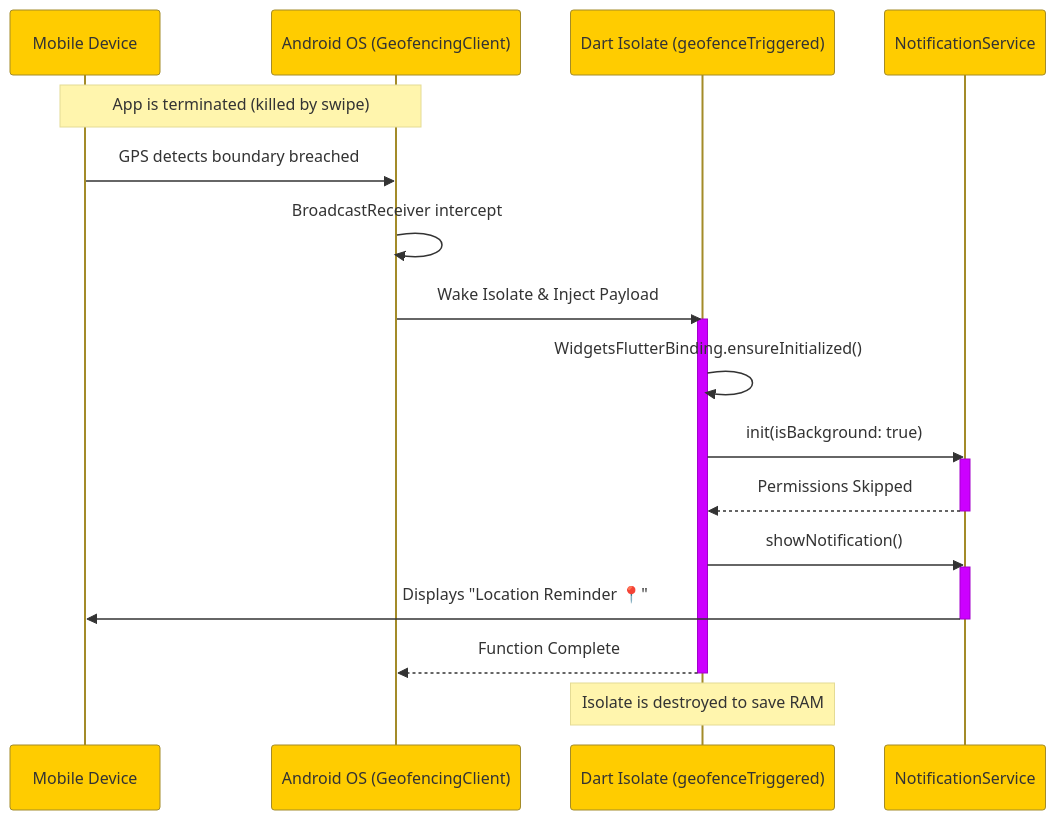
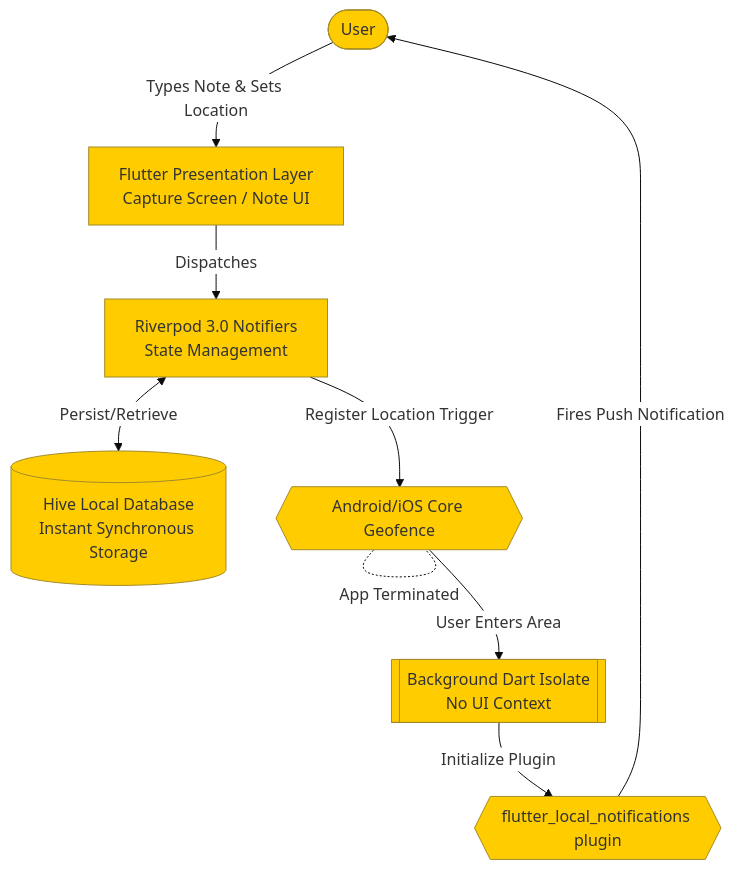
The diagram in PROJECT_MASTERCLASS.md (ricafort/NoteMeFy), drawn with Mermaid before and after one commit. The commit also changed other lines of this file and 11 other files, not shown here.

````diff
--- a/PROJECT_MASTERCLASS.md
+++ b/PROJECT_MASTERCLASS.md
@@ -95,31 +18,21 @@
 ```mermaid
 %%{init: {'theme': 'base', 'themeVariables': { 'primaryColor': '#ffcc00', 'edgeLabelBackground':'#ffffff', 'tertiaryColor': '#fff0f0'}}}%%
-sequenceDiagram
-    participant User as Mobile Device
-    participant OS as Android OS (GeofencingClient)
-    participant Dart as Dart Isolate (geofenceTriggered)
-    participant Notif as NotificationService
+flowchart TD
+    User([User])
+    UI[Flutter Presentation Layer\nCapture Screen / Note UI]
+    State[Riverpod 3.0 Notifiers\nState Management]
+    Storage[(Hive Local Database\nInstant Synchronous Storage)]
+    BackgroundIso[[Background Dart Isolate\nNo UI Context]]
+    OSGeofence{{Android/iOS Core Geofence}}
+    Notif{{flutter_local_notifications plugin}}
+
+    User -->|Types Note & Sets Location| UI
+    UI -->|Dispatches| State
+    State <-->|Persist/Retrieve| Storage
+    State -->|Register Location Trigger| OSGeofence
     
-    Note over User,OS: App is terminated (killed by swipe)
-    User->>OS: GPS detects boundary breached
-    OS->>OS: BroadcastReceiver intercept
-    
-    OS->>Dart: Wake Isolate & Inject Payload
-    activate Dart
-    
-    Dart->>Dart: WidgetsFlutterBinding.ensureInitialized()
-    
-    Dart->>Notif: init(isBackground: true)
-    activate Notif
-    Notif-->>Dart: Permissions Skipped
-    deactivate Notif
-    
-    Dart->>Notif: showNotification()
-    activate Notif
-    Notif->>User: Displays "Location Reminder 📍"
-    deactivate Notif
-    
-    Dart-->>OS: Function Complete
-    deactivate Dart
-    Note over Dart: Isolate is destroyed to save RAM
+    OSGeofence -.-|App Terminated| OSGeofence
+    OSGeofence -->|User Enters Area| BackgroundIso
+    BackgroundIso -->|Initialize Plugin| Notif
+    Notif -->|Fires Push Notification| User
 ```
````
